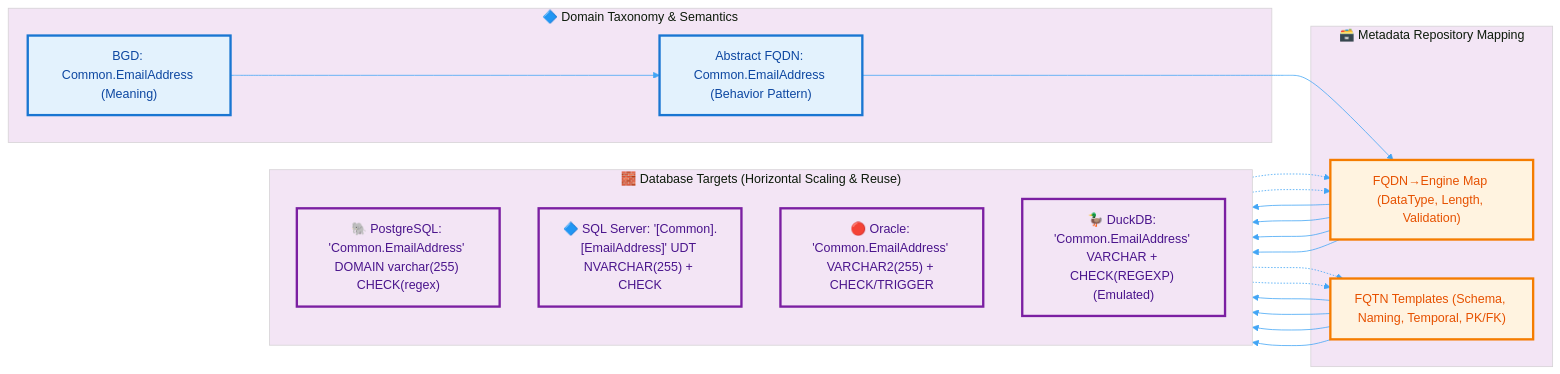
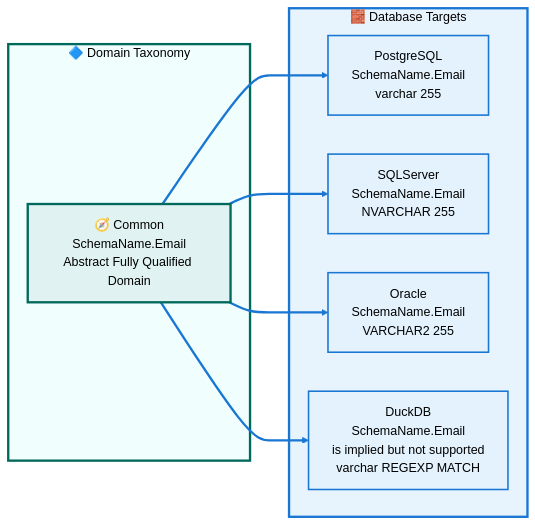
Before and after one commit to QCadjunct/cpython: the third of 3 diagrams in MyMarkdown/D⁴TKG/00 The Meta-Modeling Renaissance-How D⁴ Bridges Elicitation, Governance, and Execution in the Age of AI.md, drawn with Mermaid.

Commit message:
Refactor mermaid diagram for D⁴TKG relationships
Updated the mermaid diagram to enhance clarity and structure, including changes to taxonomy and database targets.

````diff
--- a/MyMarkdown/D⁴TKG/00 The Meta-Modeling Renaissance-How D⁴ Bridges Elicitation, Governance, and Execution in the Age of AI.md
+++ b/MyMarkdown/D⁴TKG/00 The Meta-Modeling Renaissance-How D⁴ Bridges Elicitation, Governance, and Execution in the Age of AI.md
@@ -196,47 +196,29 @@
 ```mermaid
-%%{init: {'theme':'base', 'themeVariables': { 'primaryColor':'#e3f2fd','primaryTextColor':'#0d47a1','primaryBorderColor':'#1976d2','lineColor':'#42a5f5','secondaryColor':'#fff3e0','tertiaryColor':'#f3e5f5','fontSize':'16px'}}}%%
 flowchart LR
-    subgraph TAXO ["🔷 Domain Taxonomy & Semantics"]
-        A1["BGD: Common.EmailAddress (Meaning)"]
-        A2["Abstract FQDN: Common.EmailAddress (Behavior Pattern)"]
+    subgraph TAXONOMY ["🔷 Domain Taxonomy"]
+        A1["🧭 Common<br/>SchemaName.Email<br/>Abstract Fully Qualified Domain"]
     end
-
-    subgraph MAP ["🗃️ Metadata Repository Mapping"]
-        M1["FQDN→Engine Map (DataType, Length, Validation)"]
-        M2["FQTN Templates (Schema, Naming, Temporal, PK/FK)"]
+    
+    subgraph TARGETS ["🧱 Database Targets"]
+        B1["PostgreSQL<br/>SchemaName.Email<br/>varchar 255"]
+        B2["SQLServer<br/>SchemaName.Email<br/>NVARCHAR 255"]
+        B3["Oracle<br/>SchemaName.Email<br/>VARCHAR2 255"]
+        B4["DuckDB<br/>SchemaName.Email<br/>is implied but not supported<br/>varchar REGEXP MATCH"]
     end
-
-    subgraph TARGETS ["🧱 Database Targets (Horizontal Scaling & Reuse)"]
-        direction TB
-        B1["🐘 PostgreSQL: 'Common.EmailAddress' DOMAIN varchar(255) CHECK(regex)"]
-        B2["🔷 SQL Server: '[Common].[EmailAddress]' UDT NVARCHAR(255) + CHECK"]
-        B3["🔴 Oracle: 'Common.EmailAddress' VARCHAR2(255) + CHECK/TRIGGER"]
-        B4["🦆 DuckDB: 'Common.EmailAddress' VARCHAR + CHECK(REGEXP) (Emulated)"]
-    end
-
-    A1 --> A2
-    A2 --> M1
-    M1 --> B1
-    M1 --> B2
-    M1 --> B3
-    M1 --> B4
-
-    M2 --> B1
-    M2 --> B2
-    M2 --> B3
-    M2 --> B4
-
-    B1 -.-> M1
-    B2 -.-> M2
-    B3 -.-> M1
-    B4 -.-> M2
-
-    classDef taxonomyClass fill:#e3f2fd,stroke:#1976d2,stroke-width:3px,color:#0d47a1
-    classDef mapClass fill:#fff3e0,stroke:#f57c00,stroke-width:3px,color:#e65100
-    classDef targetClass fill:#f3e5f5,stroke:#7b1fa2,stroke-width:3px,color:#4a148c
     
-    class A1,A2 taxonomyClass
-    class M1,M2 mapClass
-    class B1,B2,B3,B4 targetClass
+    A1-->B1
+    A1-->B2
+    A1-->B3
+    A1-->B4
+    
+    style TAXONOMY fill:#f0fffe,stroke:#00695c,stroke-width:3px,color:#000
+    style TARGETS fill:#e8f4fd,stroke:#1976d2,stroke-width:3px,color:#000
+    style A1 fill:#e0f2f1,stroke:#00695c,stroke-width:3px,color:#000
+    style B1 fill:#e3f2fd,stroke:#1976d2,stroke-width:2px,color:#000
+    style B2 fill:#e3f2fd,stroke:#1976d2,stroke-width:2px,color:#000
+    style B3 fill:#e3f2fd,stroke:#1976d2,stroke-width:2px,color:#000
+    style B4 fill:#e3f2fd,stroke:#1976d2,stroke-width:2px,color:#000
+    
+    linkStyle 0,1,2,3 stroke:#1976d2,stroke-width:3px
 
 ```
````
